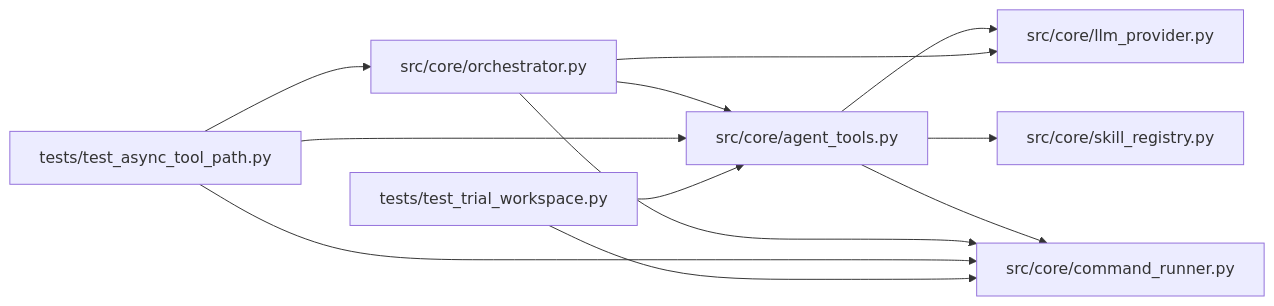
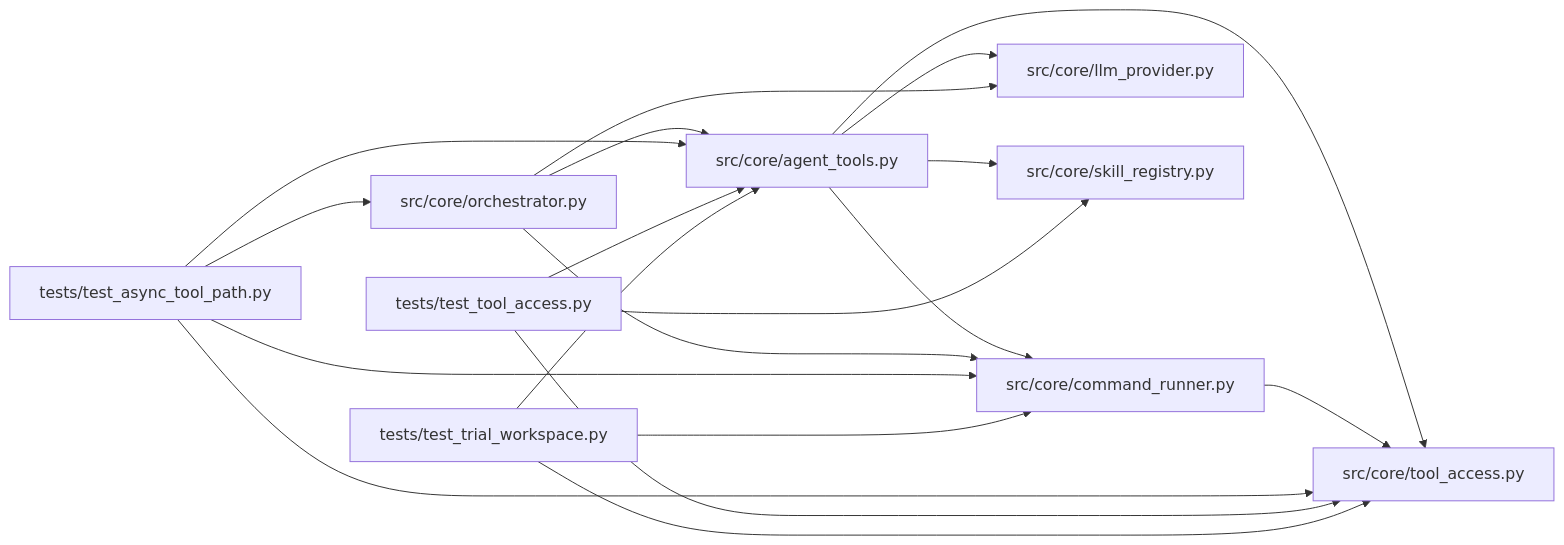
Before and after one commit to Denissvgn/autoresearch-agent: the diagram in docs/llm_wiki/modules/agent_tools.md, drawn with Mermaid. The commit also changed other lines of this file and 73 other files, not shown here.

First line of the commit message:
docs(wiki): sync pages for the shared tool-path authorization module

````diff
--- a/docs/llm_wiki/modules/agent_tools.md
+++ b/docs/llm_wiki/modules/agent_tools.md
@@ -40,28 +41,39 @@
 ```mermaid
 flowchart LR
     n0["src/core/agent_tools.py"]
     n1["src/core/command_runner.py"]
     n2["src/core/llm_provider.py"]
     n3["src/core/orchestrator.py"]
     n4["src/core/skill_registry.py"]
-    n5["tests/test_async_tool_path.py"]
-    n6["tests/test_trial_workspace.py"]
+    n5["src/core/tool_access.py"]
+    n6["tests/test_async_tool_path.py"]
+    n7["tests/test_tool_access.py"]
+    n8["tests/test_trial_workspace.py"]
     n0 --> n1
     n0 --> n2
     n0 --> n4
+    n0 --> n5
+    n1 --> n5
     n3 --> n0
     n3 --> n1
     n3 --> n2
-    n5 --> n0
-    n5 --> n1
-    n5 --> n3
     n6 --> n0
     n6 --> n1
+    n6 --> n3
+    n6 --> n5
+    n7 --> n0
+    n7 --> n4
+    n7 --> n5
+    n8 --> n0
+    n8 --> n1
+    n8 --> n5
     click n0 "../modules/agent_tools.md"
     click n1 "../modules/command_runner.md"
     click n2 "../modules/llm_provider.md"
     click n3 "../modules/orchestrator.md"
     click n4 "../modules/skill_registry.md"
-    click n5 "../modules/test_async_tool_path.md"
-    click n6 "../modules/test_trial_workspace.md"
+    click n5 "../modules/tool_access.md"
+    click n6 "../modules/test_async_tool_path.md"
+    click n7 "../modules/test_tool_access.md"
+    click n8 "../modules/test_trial_workspace.md"
 ```
````
